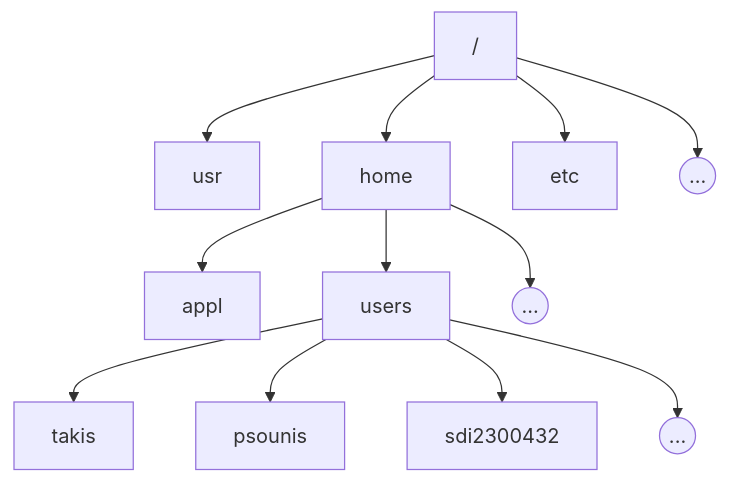
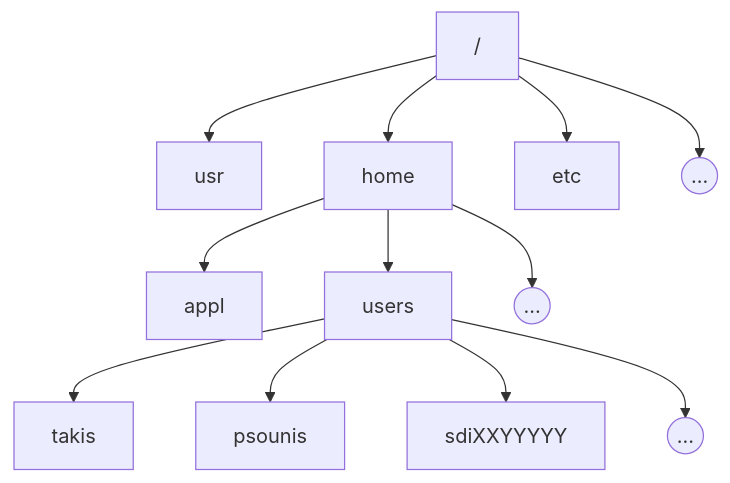
The diagram in labs/lab01/README.md (progintro/lab-material), drawn with Mermaid before and after one commit. The commit also changed other lines of this file and 8 other files, not shown here.

````diff
--- a/labs/lab01/README.md
+++ b/labs/lab01/README.md
@@ -72,15 +49,15 @@
 ```mermaid
 graph TB
   / --> usr
   / --> home
   / --> etc
   / --> dots((...))
 
   home --> appl
   home --> users
   home --> dots1((...))
   users --> takis
   users --> psounis
-  users --> sdi2300432
+  users --> sdiXXYYYYY
   users --> dots2((...))
 ```
````
